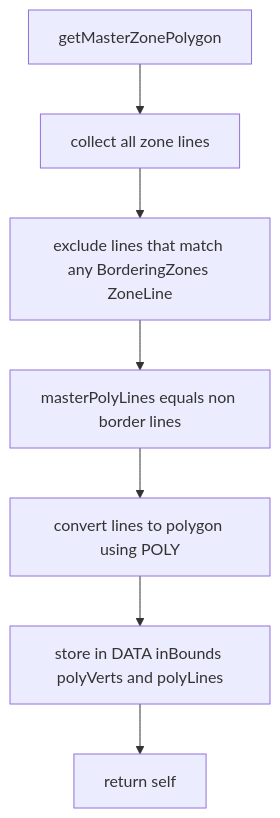
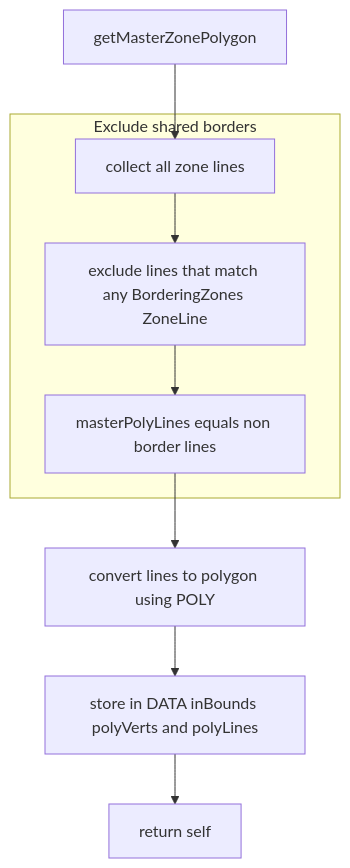
One commit to Gh0st352/AETHR changed the second of 3 diagrams in docs/zone_manager/borders_and_master.md. Above: the diagram before and after it, drawn with Mermaid. The commit also changed other lines of this file and 6 other files, not shown here.

Commit message:
docs(zone_manager, mermaid): normalize headings, restructure Mermaid diagrams, and add shared theme & class annotations

````diff
--- a/docs/zone_manager/borders_and_master.md
+++ b/docs/zone_manager/borders_and_master.md
@@ -96,9 +104,15 @@
 ```mermaid
+%% shared theme: docs/_mermaid/theme.json %%
 flowchart TD
   M1[getMasterZonePolygon] --> M2[collect all zone lines]
-  M2 --> M3[exclude lines that match any BorderingZones ZoneLine]
-  M3 --> M4[masterPolyLines equals non border lines]
+  subgraph "Exclude shared borders"
+    M2 --> M3[exclude lines that match any BorderingZones ZoneLine]
+    M3 --> M4[masterPolyLines equals non border lines]
+  end
   M4 --> M5[convert lines to polygon using POLY]
   M5 --> M6[store in DATA inBounds polyVerts and polyLines]
   M6 --> M7[return self]
+  class M1,M2,M3,M4,M5,M6 class_step;
+  class M5 class_compute;
+  class M7 class_result;
 ```
````
